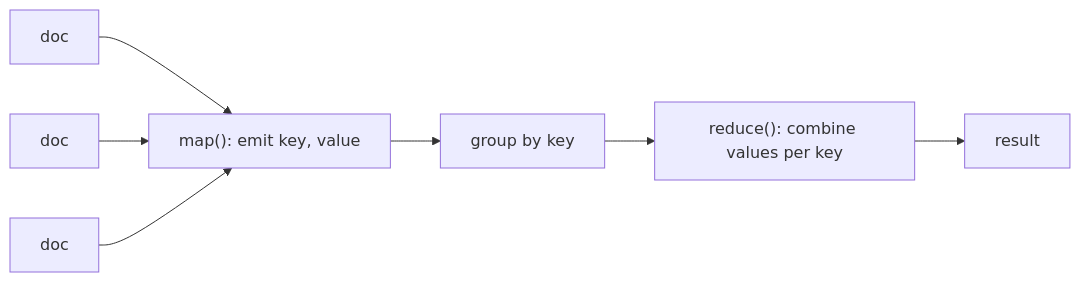
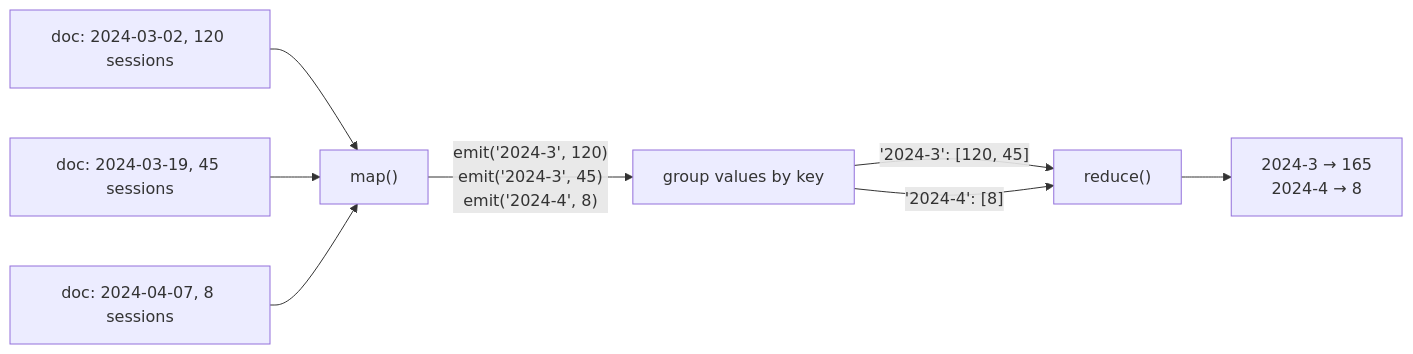
Before and after one commit to pratikguru998/ddia-book: the sixth of 10 diagrams in docs/chapters/part-1/02-data-models.mdx, drawn with Mermaid. The commit also changed other lines of this file and 13 other files, not shown here.

Commit message:
Expand all 12 chapters: every book subsection, deeper notes, ~320 diagrams

````diff
--- a/docs/chapters/part-1/02-data-models.mdx
+++ b/docs/chapters/part-1/02-data-models.mdx
@@ -99,7 +411,10 @@
 ```mermaid
 flowchart LR
-  D1["doc"] & D2["doc"] & D3["doc"] --> M["map(): emit key, value"]
-  M --> G["group by key"]
-  G --> R["reduce(): combine values per key"]
-  R --> O["result"]
+  D1["doc: 2024-03-02, 120 sessions"] --> M["map()"]
+  D2["doc: 2024-03-19, 45 sessions"] --> M
+  D3["doc: 2024-04-07, 8 sessions"] --> M
+  M -->|"emit('2024-3', 120)<br/>emit('2024-3', 45)<br/>emit('2024-4', 8)"| G["group values by key"]
+  G -->|"'2024-3': [120, 45]"| R["reduce()"]
+  G -->|"'2024-4': [8]"| R
+  R --> O["2024-3 → 165<br/>2024-4 → 8"]
 ```
````
